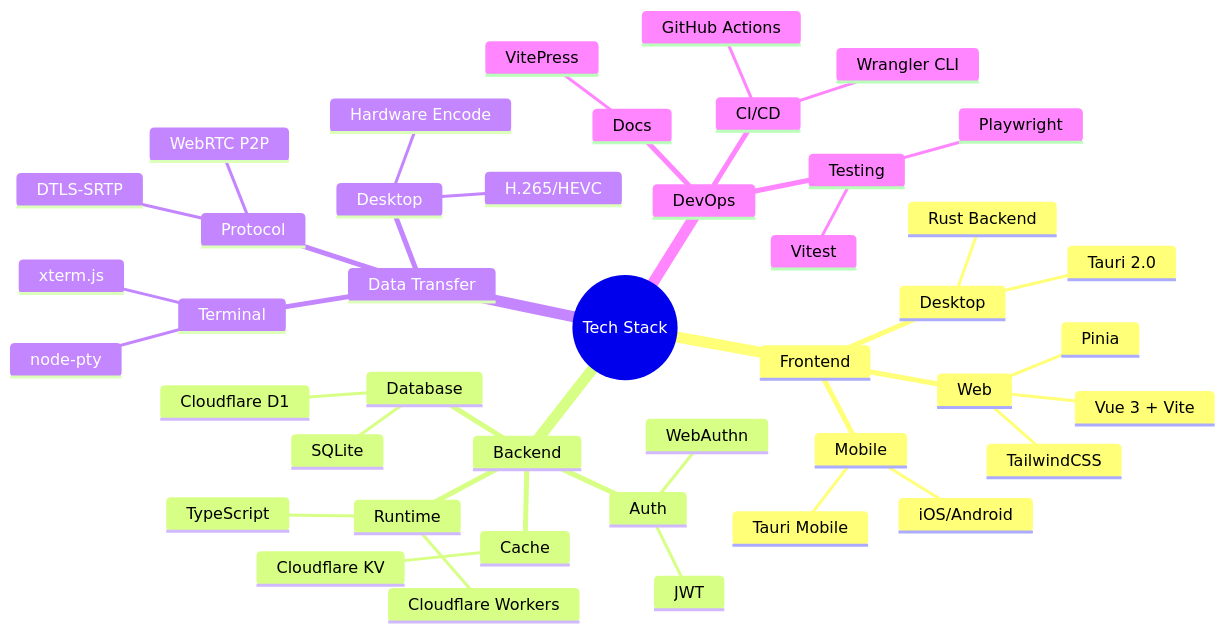
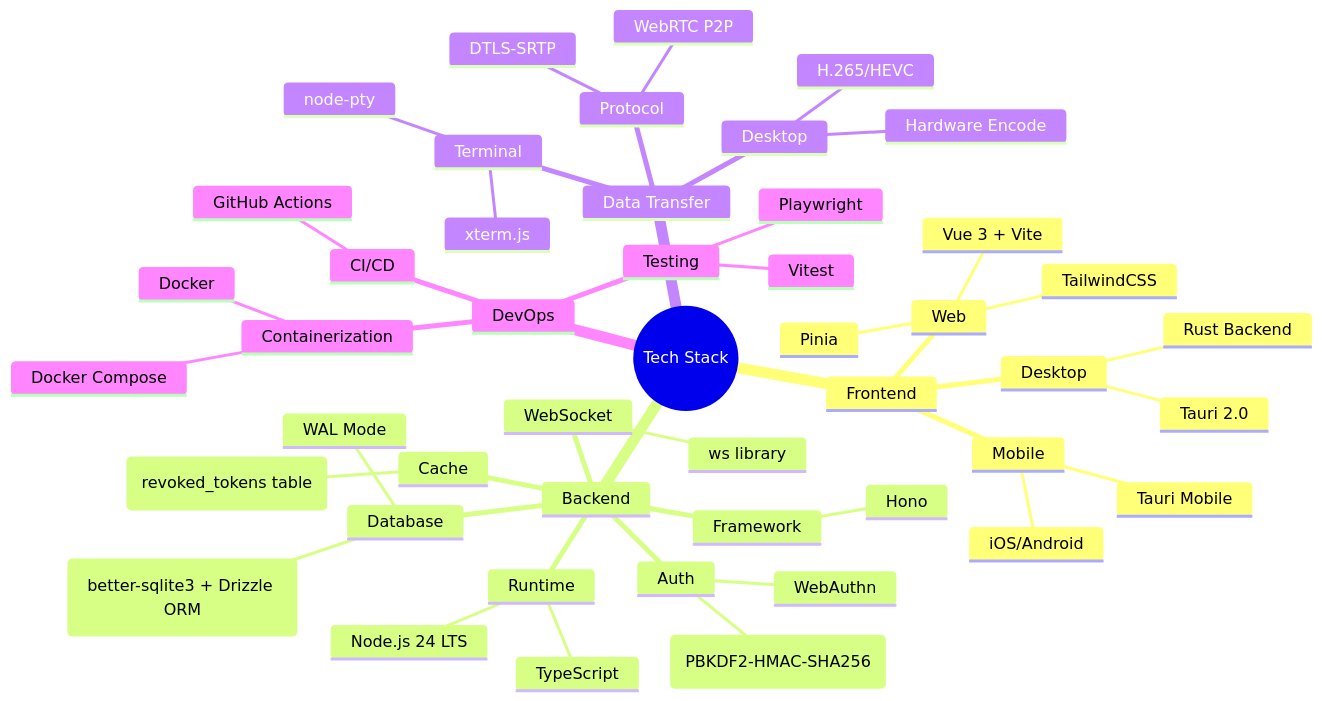
One commit to ngotuananh101/ponta-remote changed the first of 4 diagrams in docs/ARCHITECTURE.md. Above: the diagram before and after it, drawn with Mermaid. The commit also changed other lines of this file and 9 other files, not shown here.

Commit message:
docs(all): update architecture, deployment guides, and CI/CD for self-hosted backend

````diff
--- a/docs/ARCHITECTURE.md
+++ b/docs/ARCHITECTURE.md
@@ -40,46 +41,50 @@
 ```mermaid
 mindmap
   root((Tech Stack))
     Frontend
       Web
         Vue 3 + Vite
         Pinia
         TailwindCSS
       Desktop
         Tauri 2.0
         Rust Backend
       Mobile
         Tauri Mobile
         iOS/Android
     Backend
       Runtime
-        Cloudflare Workers
+        Node.js 24 LTS
         TypeScript
+      Framework
+        Hono
       Database
-        Cloudflare D1
-        SQLite
+        SQLite (better-sqlite3 + Drizzle ORM)
+        WAL Mode
+      WebSocket
+        ws library
       Cache
-        Cloudflare KV
+        In-memory (revoked_tokens table)
       Auth
         WebAuthn
-        JWT
+        JWT (PBKDF2-HMAC-SHA256)
     Data Transfer
       Protocol
         WebRTC P2P
         DTLS-SRTP
       Terminal
         xterm.js
         node-pty
       Desktop
         H.265/HEVC
         Hardware Encode
     DevOps
       CI/CD
         GitHub Actions
-        Wrangler CLI
       Testing
         Vitest
         Playwright
-      Docs
-        VitePress
+      Containerization
+        Docker
+        Docker Compose
 ```
````
